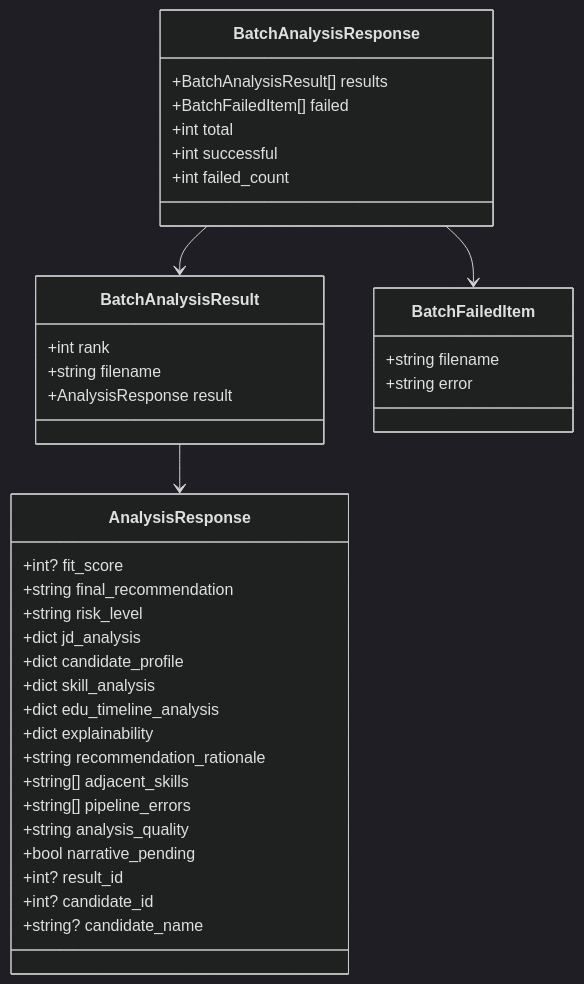
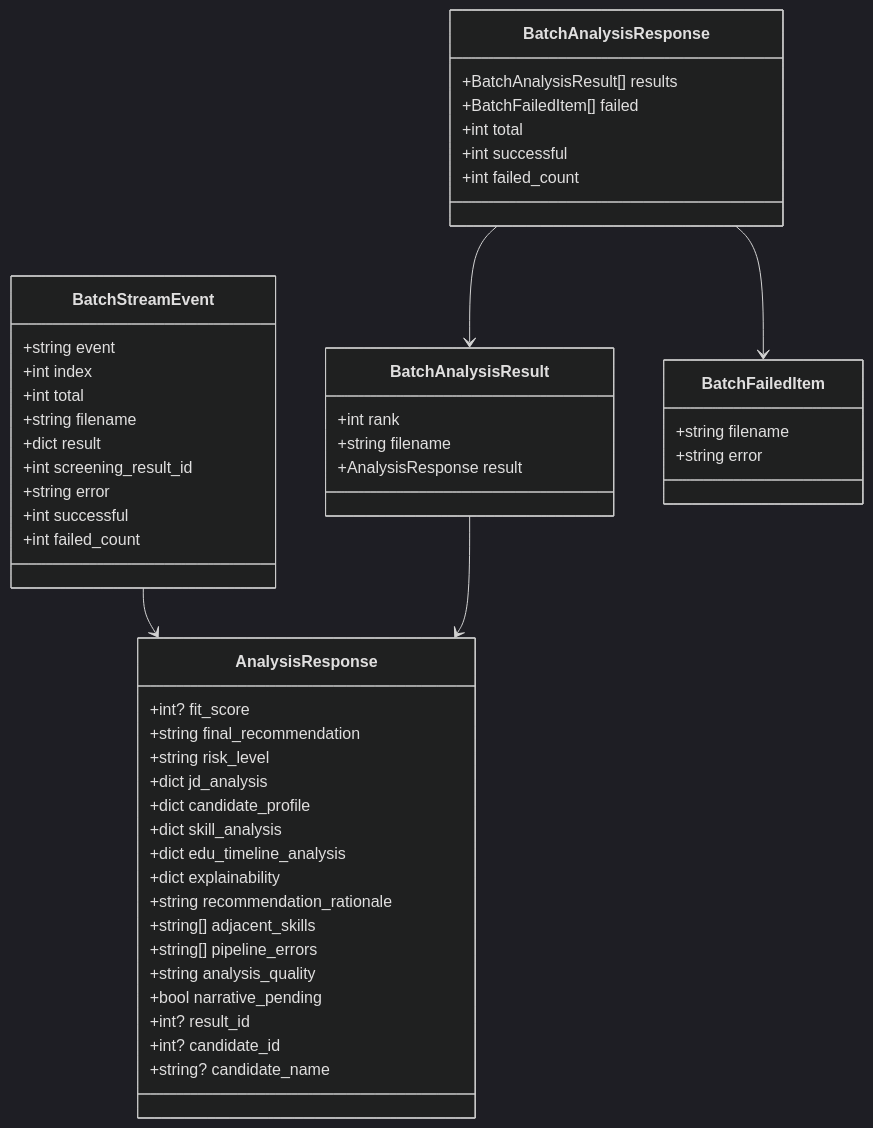
One commit to Revanththetalogics/aireume changed the third of 3 diagrams in .qoder/repowiki/en/content/API Reference/Analysis Endpoints/Batch Analysis.md. Above: the diagram before and after it, drawn with Mermaid (dark theme). The commit also changed other lines of this file and 61 other files, not shown here.

````diff
--- a/.qoder/repowiki/en/content/API Reference/Analysis Endpoints/Batch Analysis.md
+++ b/.qoder/repowiki/en/content/API Reference/Analysis Endpoints/Batch Analysis.md
@@ -306,40 +462,52 @@
 ```mermaid
 classDiagram
 class BatchAnalysisResponse {
 +BatchAnalysisResult[] results
 +BatchFailedItem[] failed
 +int total
++int successful
++int failed_count
+}
+class BatchStreamEvent {
++string event
++int index
++int total
++string filename
++dict result
++int screening_result_id
++string error
 +int successful
 +int failed_count
 }
 class BatchAnalysisResult {
 +int rank
 +string filename
 +AnalysisResponse result
 }
 class BatchFailedItem {
 +string filename
 +string error
 }
 class AnalysisResponse {
 +int? fit_score
 +string final_recommendation
 +string risk_level
 +dict jd_analysis
 +dict candidate_profile
 +dict skill_analysis
 +dict edu_timeline_analysis
 +dict explainability
 +string recommendation_rationale
 +string[] adjacent_skills
 +string[] pipeline_errors
 +string analysis_quality
 +bool narrative_pending
 +int? result_id
 +int? candidate_id
 +string? candidate_name
 }
 BatchAnalysisResponse --> BatchAnalysisResult
 BatchAnalysisResponse --> BatchFailedItem
+BatchStreamEvent --> AnalysisResponse
 BatchAnalysisResult --> AnalysisResponse
 ```
````
